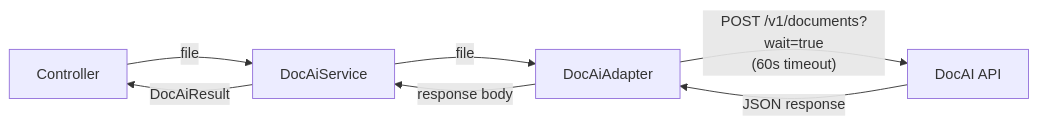
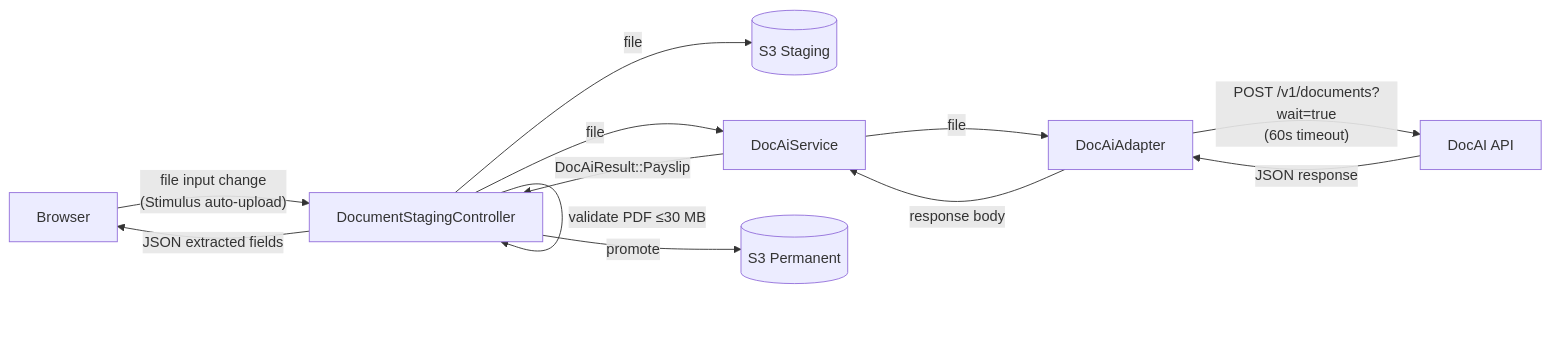
One commit to navapbc/oscer changed the first of 5 diagrams in docs/architecture/doc-ai-integration/doc-ai-api.md. Above: the diagram before and after it, drawn with Mermaid. The commit also changed other lines of this file, not shown here.

Commit message:
Revise with thoughts on staging in S3

````diff
--- a/docs/architecture/doc-ai-integration/doc-ai-api.md
+++ b/docs/architecture/doc-ai-integration/doc-ai-api.md
@@ -22,9 +23,14 @@
 ```mermaid
 flowchart LR
+    Browser -->|"file input change\n(Stimulus auto-upload)"| Controller[DocumentStagingController]
+    Controller -->|"validate PDF ≤30 MB"| Controller
+    Controller -->|file| S3Staging[(S3 Staging)]
     Controller -->|file| DocAiService
     DocAiService -->|file| DocAiAdapter
     DocAiAdapter -->|"POST /v1/documents?wait=true\n(60s timeout)"| DocAI[DocAI API]
     DocAI -->|JSON response| DocAiAdapter
     DocAiAdapter -->|response body| DocAiService
-    DocAiService -->|DocAiResult| Controller
+    DocAiService -->|DocAiResult::Payslip| Controller
+    Controller -->|promote| S3Perm[(S3 Permanent)]
+    Controller -->|"JSON extracted fields"| Browser
 ```
````
